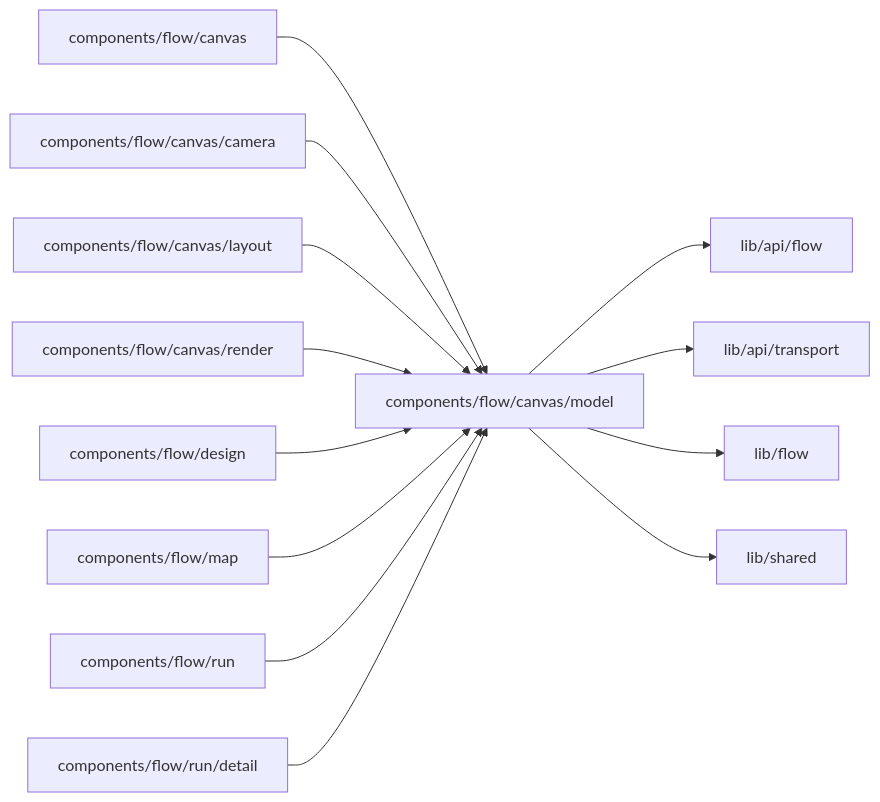
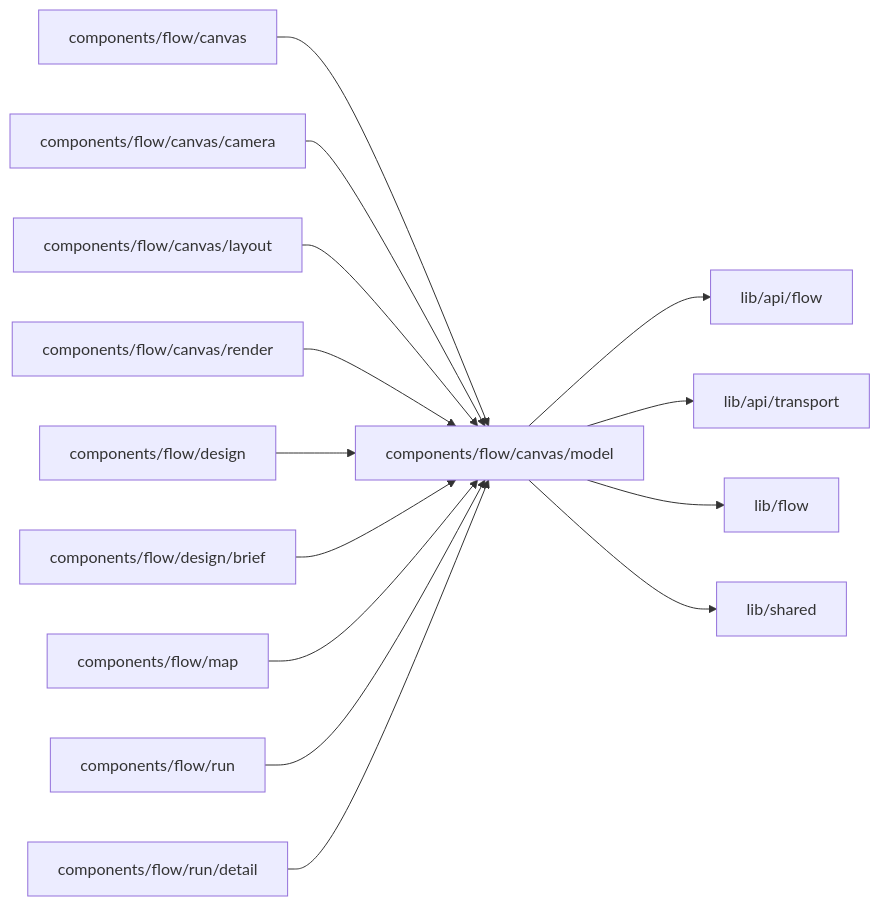
The diagram in web/studio/components/flow/canvas/model/README.md (superdurable/superverse), drawn with Mermaid before and after one commit. The commit also changed other lines of this file and 278 other files, not shown here.

````diff
--- a/web/studio/components/flow/canvas/model/README.md
+++ b/web/studio/components/flow/canvas/model/README.md
@@ -10,16 +10,17 @@
 ```mermaid
 flowchart LR
   self["components/flow/canvas/model"]
   c0["components/flow/canvas"] --> self
   c1["components/flow/canvas/camera"] --> self
   c2["components/flow/canvas/layout"] --> self
   c3["components/flow/canvas/render"] --> self
   c4["components/flow/design"] --> self
-  c5["components/flow/map"] --> self
-  c6["components/flow/run"] --> self
-  c7["components/flow/run/detail"] --> self
+  c5["components/flow/design/brief"] --> self
+  c6["components/flow/map"] --> self
+  c7["components/flow/run"] --> self
+  c8["components/flow/run/detail"] --> self
   self --> d0["lib/api/flow"]
   self --> d1["lib/api/transport"]
   self --> d2["lib/flow"]
   self --> d3["lib/shared"]
 ```
````
